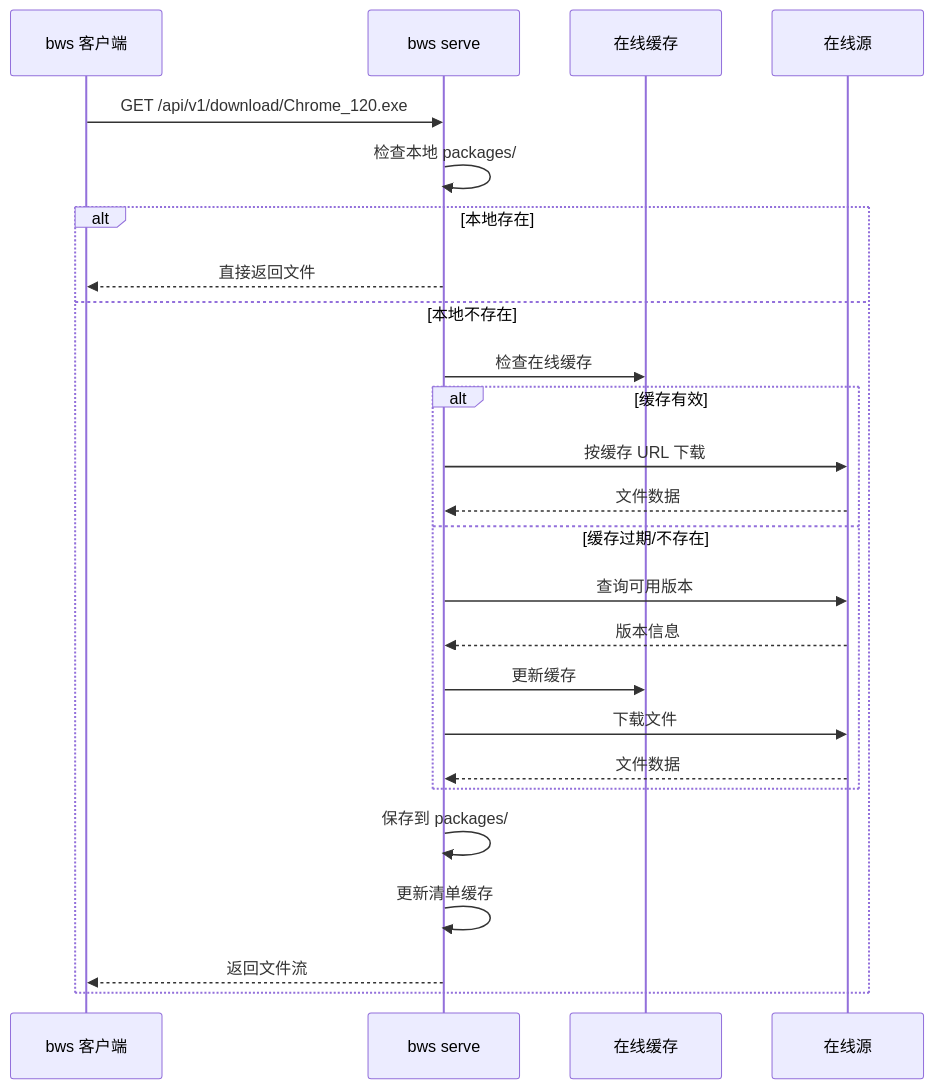
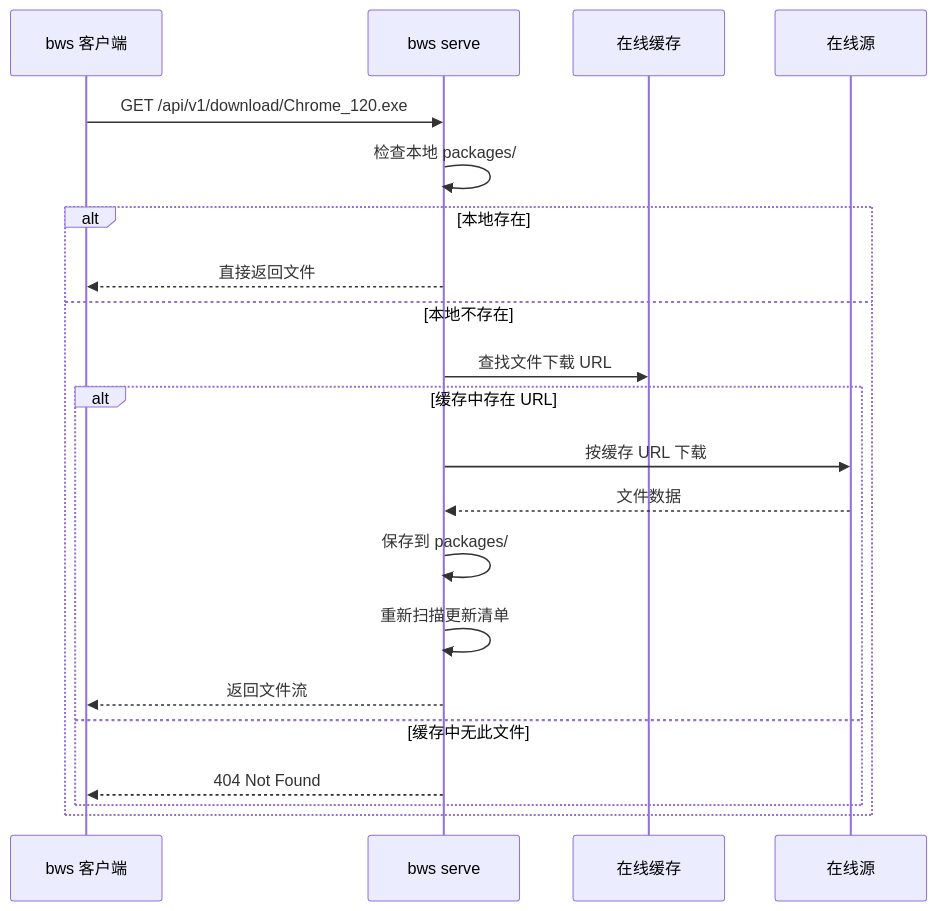
One commit to hyjiacan/browser-workshop changed the fourth of 11 diagrams in docs/guide/design.md. Above: the diagram before and after it, drawn with Mermaid. The commit also changed other lines of this file and 47 other files, not shown here.

````diff
--- a/docs/guide/design.md
+++ b/docs/guide/design.md
@@ -163,28 +157,24 @@
 ```mermaid
 sequenceDiagram
     participant Client as bws 客户端
     participant Serve as bws serve
     participant Cache as 在线缓存
     participant Online as 在线源
 
     Client->>Serve: GET /api/v1/download/Chrome_120.exe
     Serve->>Serve: 检查本地 packages/
     alt 本地存在
         Serve-->>Client: 直接返回文件
     else 本地不存在
-        Serve->>Cache: 检查在线缓存
-        alt 缓存有效
+        Serve->>Cache: 查找文件下载 URL
+        alt 缓存中存在 URL
             Serve->>Online: 按缓存 URL 下载
             Online-->>Serve: 文件数据
-        else 缓存过期/不存在
-            Serve->>Online: 查询可用版本
-            Online-->>Serve: 版本信息
-            Serve->>Cache: 更新缓存
-            Serve->>Online: 下载文件
-            Online-->>Serve: 文件数据
+            Serve->>Serve: 保存到 packages/
+            Serve->>Serve: 重新扫描更新清单
+            Serve-->>Client: 返回文件流
+        else 缓存中无此文件
+            Serve-->>Client: 404 Not Found
         end
-        Serve->>Serve: 保存到 packages/
-        Serve->>Serve: 更新清单缓存
-        Serve-->>Client: 返回文件流
     end
 ```
````
